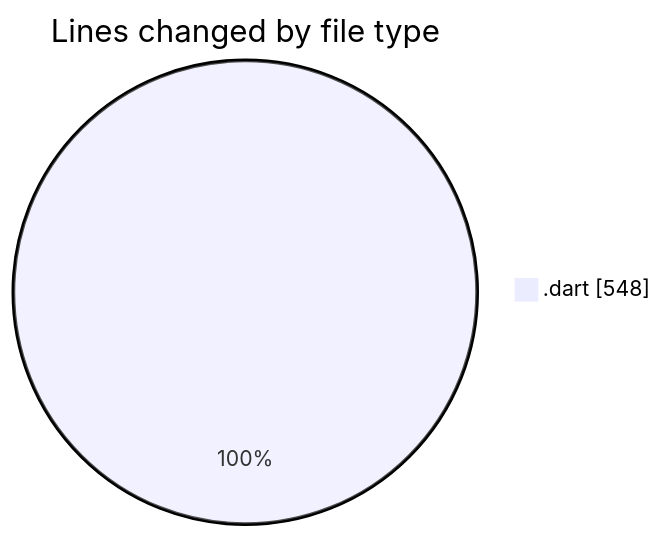
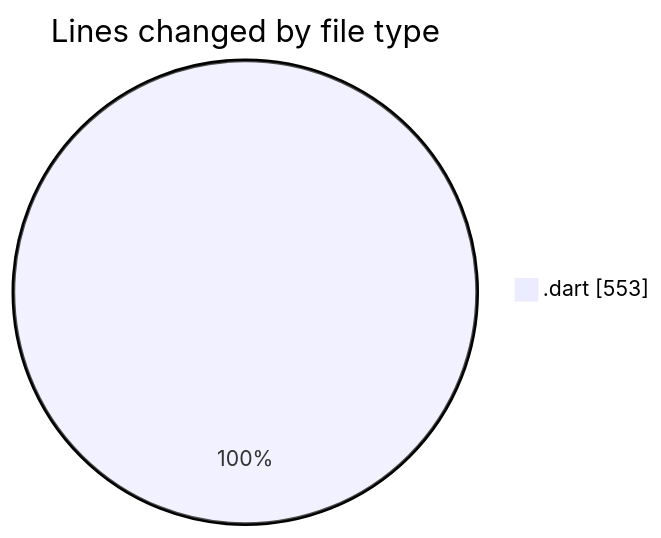
The first of 2 diagrams in 2025-01-15/trackers_app/README.md (donsfak/code-tracking), drawn with Mermaid before and after one commit. The commit also changed other lines of this file and 1 other file, not shown here.

````diff
--- a/2025-01-15/trackers_app/README.md
+++ b/2025-01-15/trackers_app/README.md
@@ -23,5 +23,5 @@
 ```mermaid
 pie showData
 title Lines changed by file type
-".dart" : 548
+".dart" : 553
 ```
````
